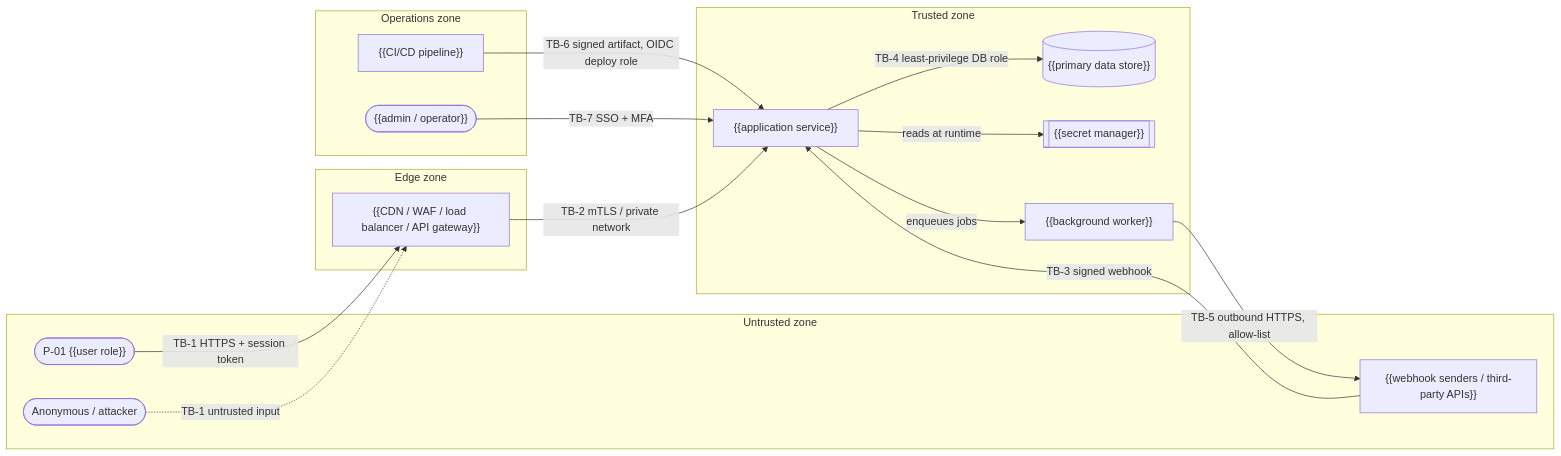
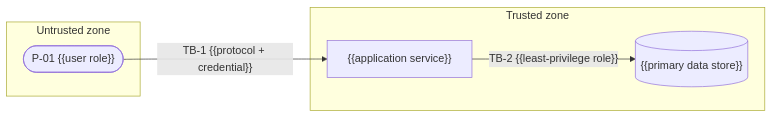
One commit to ilramdhan/start-from-here changed the first of 2 diagrams in skills/start-from-here/assets/templates/docs/technical/SECURITY_ARCHITECTURE.md. Above: the diagram before and after it, drawn with Mermaid. The commit also changed other lines of this file and 31 other files, not shown here.

````diff
--- a/skills/start-from-here/assets/templates/docs/technical/SECURITY_ARCHITECTURE.md
+++ b/skills/start-from-here/assets/templates/docs/technical/SECURITY_ARCHITECTURE.md
@@ -55,31 +49,12 @@
 ```mermaid
 flowchart LR
     subgraph untrusted["Untrusted zone"]
       user(["P-01 {{user role}}"])
-      attacker(["Anonymous / attacker"])
-      thirdparty["{{webhook senders / third-party APIs}}"]
-    end
-    subgraph edge["Edge zone"]
-      gw["{{CDN / WAF / load balancer / API gateway}}"]
     end
     subgraph trusted["Trusted zone"]
       app["{{application service}}"]
-      worker["{{background worker}}"]
       db[("{{primary data store}}")]
-      secrets[["{{secret manager}}"]]
     end
-    subgraph ops["Operations zone"]
-      ci["{{CI/CD pipeline}}"]
-      admin(["{{admin / operator}}"])
-    end
-    user -->|"TB-1 HTTPS + session token"| gw
-    attacker -.->|"TB-1 untrusted input"| gw
-    gw -->|"TB-2 mTLS / private network"| app
-    thirdparty -->|"TB-3 signed webhook"| app
-    app -->|"TB-4 least-privilege DB role"| db
-    app -->|"reads at runtime"| secrets
-    app -->|"enqueues jobs"| worker
-    worker -->|"TB-5 outbound HTTPS, allow-list"| thirdparty
-    ci -->|"TB-6 signed artifact, OIDC deploy role"| app
-    admin -->|"TB-7 SSO + MFA"| app
+    user -->|"TB-1 {{protocol + credential}}"| app
+    app -->|"TB-2 {{least-privilege role}}"| db
 ```
````
